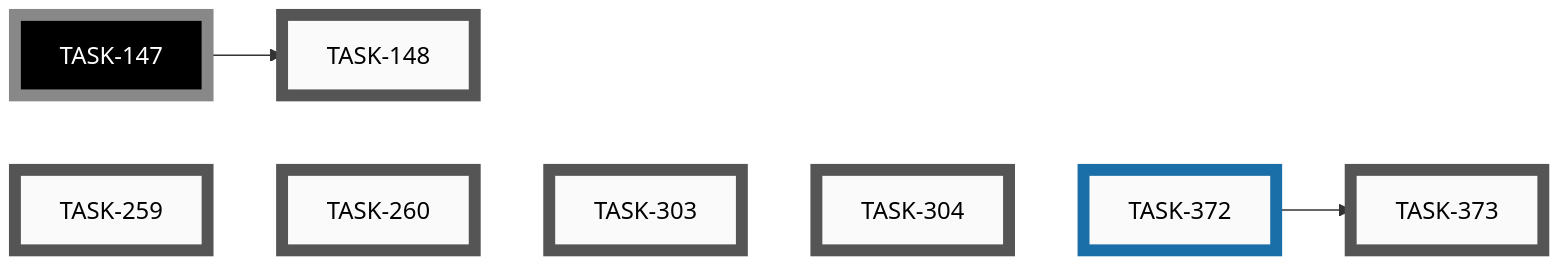
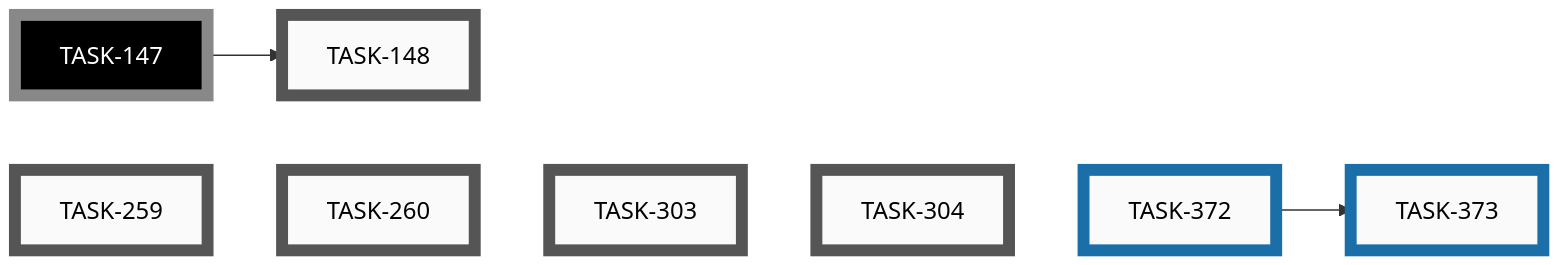
The fifth of 5 diagrams in docs/developers/tasks/EPICS.md (tgd1975/AwesomeGuitarPedal), drawn with Mermaid before and after one commit. The commit also changed other lines of this file and 5 other files, not shown here.

````diff
--- a/docs/developers/tasks/EPICS.md
+++ b/docs/developers/tasks/EPICS.md
@@ -160,29 +160,29 @@
 ```mermaid
 graph LR
     TASK_148["TASK-148"]:::open
     TASK_259["TASK-259"]:::open
     TASK_260["TASK-260"]:::open
     TASK_303["TASK-303"]:::open
     TASK_304["TASK-304"]:::open
-    TASK_373["TASK-373"]:::open
     TASK_372["TASK-372"]:::active
+    TASK_373["TASK-373"]:::active
     TASK_147["TASK-147"]:::openExt
     TASK_147 --> TASK_148
     TASK_372 --> TASK_373
     TASK_259 ~~~ TASK_260 ~~~ TASK_303 ~~~ TASK_304 ~~~ TASK_372
     click TASK_148 "open/task-148-reorganise-developer-documentation.md"
     click TASK_259 "open/task-259-android-app-test-protocol.md"
     click TASK_260 "open/task-260-unify-version-numbers-across-deliverables.md"
     click TASK_303 "open/task-303-simulator-boots-with-demo-loaded.md"
     click TASK_304 "open/task-304-simulator-button-no-hover-reaction.md"
-    click TASK_373 "open/task-373-fix-cpp-comparison-with-wider-type-in-config-loader.md"
     click TASK_372 "active/task-372-configure-codeql-paths-ignore-for-vendored-deps.md"
+    click TASK_373 "active/task-373-fix-cpp-comparison-with-wider-type-in-config-loader.md"
     classDef open    fill:#FAFAFA,stroke:#555,stroke-width:8px,color:#000
     classDef active  fill:#FAFAFA,stroke:#1A6FA8,stroke-width:8px,color:#000
     classDef closed  fill:#FAFAFA,stroke:#3F8B53,stroke-width:8px,color:#000
     classDef paused  fill:#FAFAFA,stroke:#B07810,stroke-width:8px,color:#000
     classDef openExt    fill:#000,stroke:#888,stroke-width:8px,color:#FFF
     classDef activeExt  fill:#000,stroke:#3FA9F5,stroke-width:8px,color:#FFF
     classDef closedExt  fill:#000,stroke:#7CC68A,stroke-width:8px,color:#FFF
     classDef pausedExt  fill:#000,stroke:#F0B030,stroke-width:8px,color:#FFF
 ```
````
